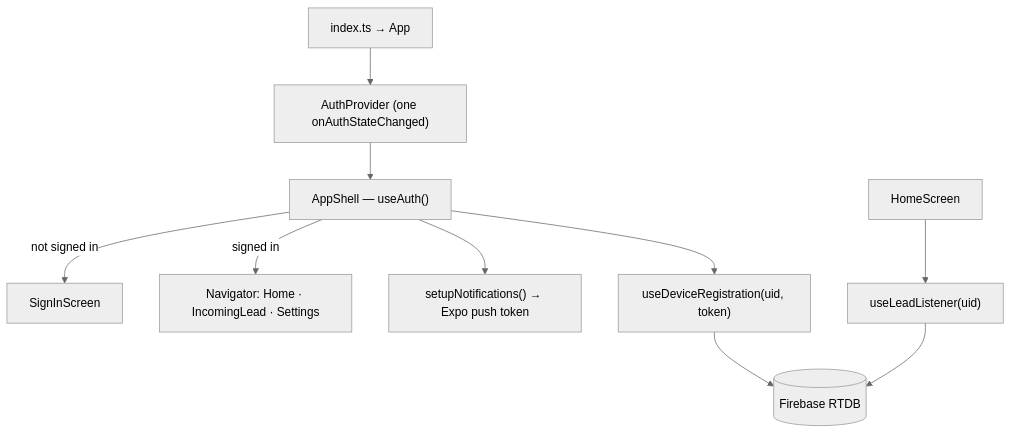
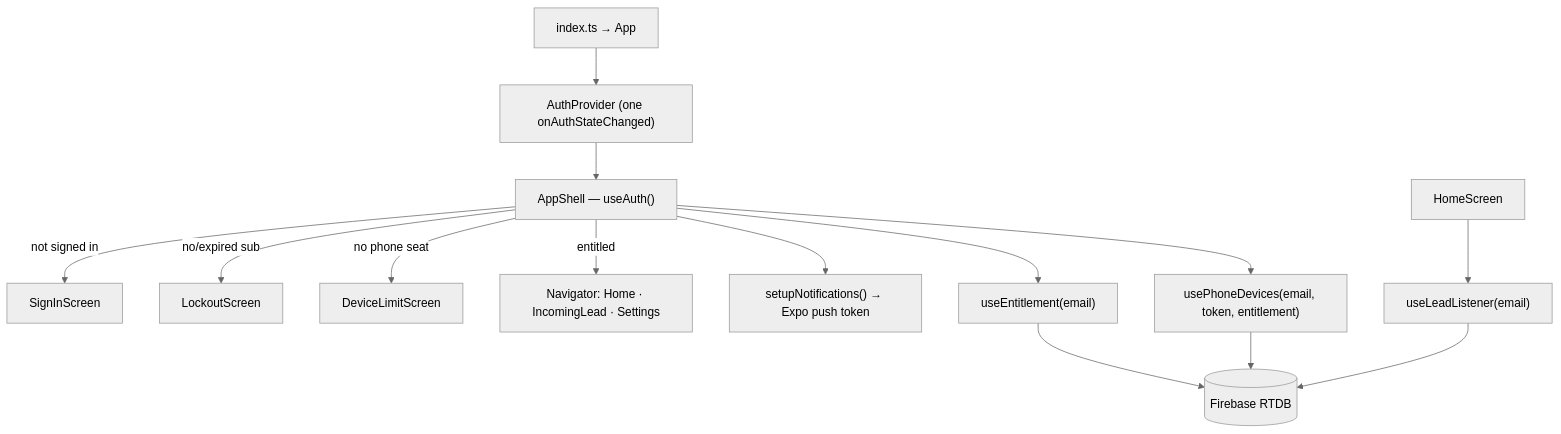
The first of 2 diagrams in docs/ARCHITECTURE.md (Nadhim002/lead-notifier-mobile), drawn with Mermaid (neutral theme) before and after one commit. The commit also changed other lines of this file and 17 other files, not shown here.

First line of the commit message:
Add subscription lockout, account-centric paths, and phone seats

````diff
--- a/docs/ARCHITECTURE.md
+++ b/docs/ARCHITECTURE.md
@@ -14,12 +14,16 @@
 ```mermaid
 flowchart TB
   Root["index.ts → App"] --> AP["AuthProvider (one onAuthStateChanged)"]
   AP --> Shell["AppShell — useAuth()"]
   Shell -->|not signed in| SignIn["SignInScreen"]
-  Shell -->|signed in| Nav["Navigator: Home · IncomingLead · Settings"]
+  Shell -->|no/expired sub| Lock["LockoutScreen"]
+  Shell -->|no phone seat| Limit["DeviceLimitScreen"]
+  Shell -->|entitled| Nav["Navigator: Home · IncomingLead · Settings"]
   Shell --> Setup["setupNotifications() → Expo push token"]
-  Shell --> Reg["useDeviceRegistration(uid, token)"]
-  Home["HomeScreen"] --> Listen["useLeadListener(uid)"]
-  Reg --> FB[(Firebase RTDB)]
+  Shell --> Ent["useEntitlement(email)"]
+  Shell --> Dev["usePhoneDevices(email, token, entitlement)"]
+  Home["HomeScreen"] --> Listen["useLeadListener(email)"]
+  Ent --> FB[(Firebase RTDB)]
+  Dev --> FB
   Listen --> FB
 ```
````
